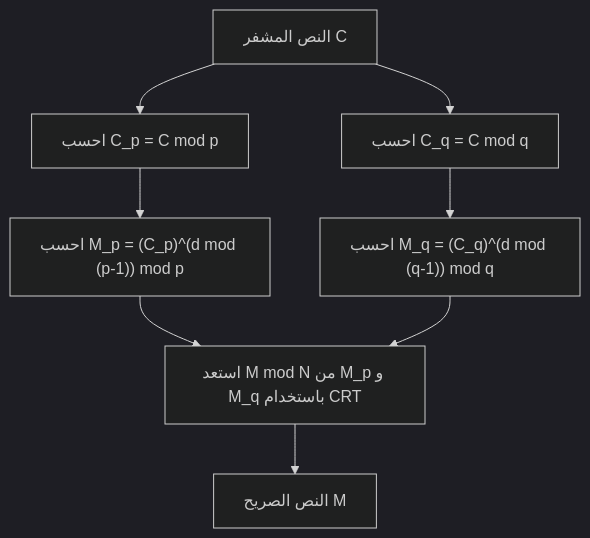
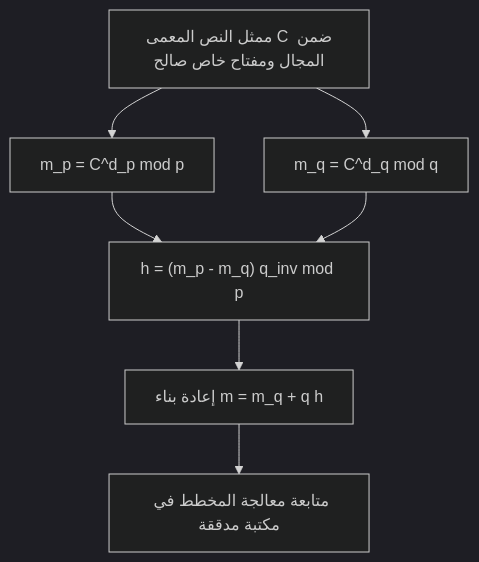
The diagram in content/post/chinese-remainder-theorem/index.ar.md (kenjinote/blog), drawn with Mermaid (dark theme) before and after one commit. The commit also changed other lines of this file and 5 other files, not shown here.

````diff
--- a/content/post/chinese-remainder-theorem/index.ar.md
+++ b/content/post/chinese-remainder-theorem/index.ar.md
@@ -127,10 +133,9 @@
 ```mermaid
-graph TD
-    A["النص المشفر C"] --> B["احسب C_p = C mod p"]
-    A --> C["احسب C_q = C mod q"]
-    B --> D["احسب M_p = (C_p)^(d mod (p-1)) mod p"]
-    C --> E["احسب M_q = (C_q)^(d mod (q-1)) mod q"]
-    D --> F["استعد M mod N من M_p و M_q باستخدام CRT"]
-    E --> F
-    F --> G["النص الصريح M"]
+flowchart TD
+    A["ممثل النص المعمى C ضمن المجال ومفتاح خاص صالح"] --> B["m_p = C^d_p mod p"]
+    A --> C["m_q = C^d_q mod q"]
+    B --> D["h = (m_p - m_q) q_inv mod p"]
+    C --> D
+    D --> E["إعادة بناء m = m_q + q h"]
+    E --> F["متابعة معالجة المخطط في مكتبة مدققة"]
 ```
````
